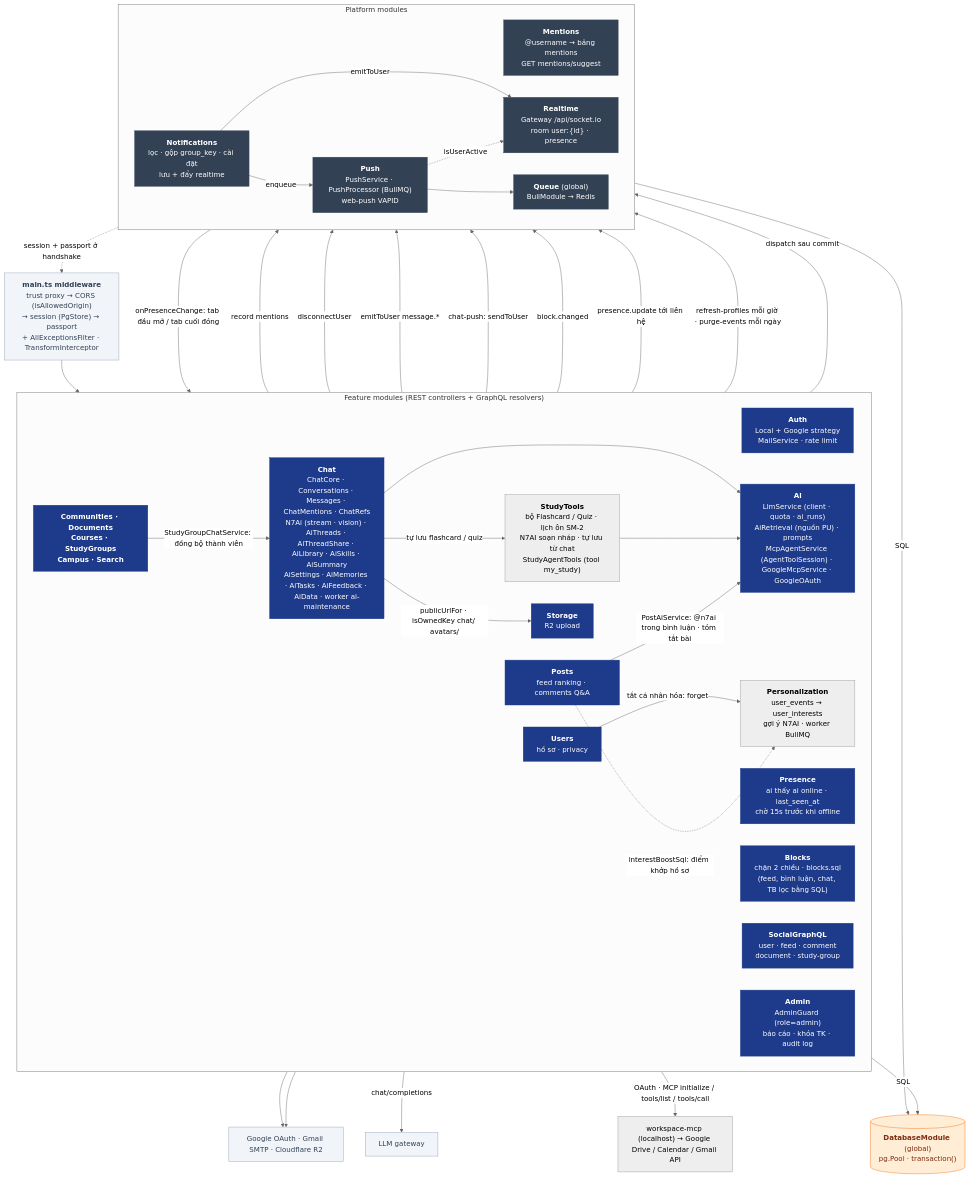
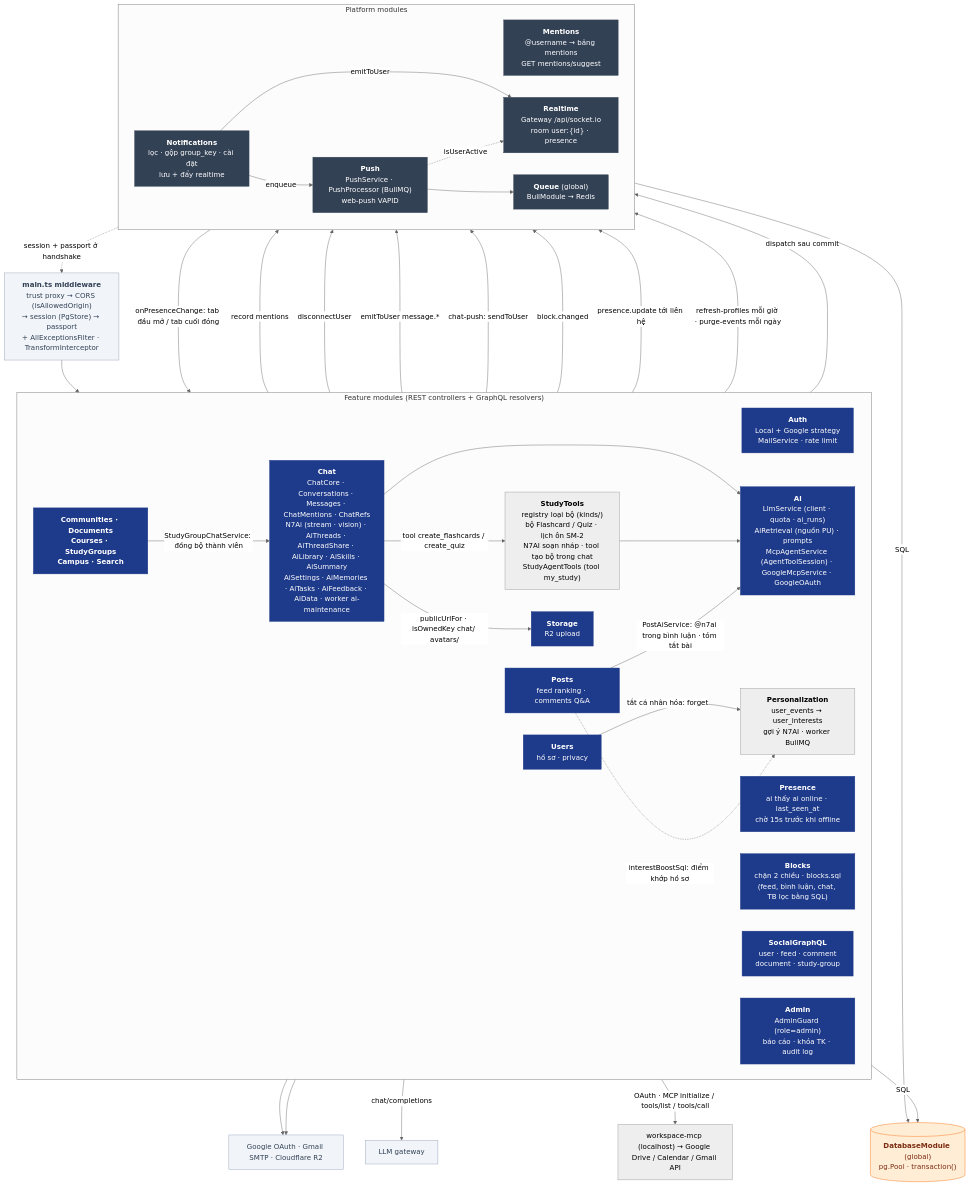
Before and after one commit to nhatcoi/pu-connect: the diagram in docs/diagrams/03-api-components.md, drawn with Mermaid (neutral theme). The commit also changed other lines of this file and 3 other files, not shown here.

Commit message:
docs(tools): study-kind registry, N7AI create tools, flashcard templates and review modes

````diff
--- a/docs/diagrams/03-api-components.md
+++ b/docs/diagrams/03-api-components.md
@@ -7,69 +7,69 @@
 ```mermaid
 flowchart TB
   mw["<b>main.ts middleware</b><br/>trust proxy → CORS (isAllowedOrigin)<br/>→ session (PgStore) → passport<br/>+ AllExceptionsFilter · TransformInterceptor"]
 
   subgraph Feature["Feature modules (REST controllers + GraphQL resolvers)"]
     direction LR
     auth["<b>Auth</b><br/>Local + Google strategy<br/>MailService · rate limit"]
     users["<b>Users</b><br/>hồ sơ · privacy"]
     presence["<b>Presence</b><br/>ai thấy ai online · last_seen_at<br/>chờ 15s trước khi offline"]
     blocks["<b>Blocks</b><br/>chặn 2 chiều · blocks.sql<br/>(feed, bình luận, chat, TB lọc bằng SQL)"]
     posts["<b>Posts</b><br/>feed ranking · comments Q&A"]
     gql["<b>SocialGraphQL</b><br/>user · feed · comment<br/>document · study-group"]
     others["<b>Communities · Documents<br/>Courses · StudyGroups<br/>Campus · Search</b>"]
     storage["<b>Storage</b><br/>R2 upload"]
     admin["<b>Admin</b><br/>AdminGuard (role=admin)<br/>báo cáo · khóa TK · audit log"]
     chat["<b>Chat</b><br/>ChatCore · Conversations · Messages · ChatMentions · ChatRefs<br/>N7Ai (stream · vision) · AiThreads · AiThreadShare · AiLibrary · AiSkills · AiSummary<br/>AiSettings · AiMemories · AiTasks · AiFeedback · AiData · worker ai-maintenance"]
     ai["<b>Ai</b><br/>LlmService (client · quota · ai_runs)<br/>AiRetrieval (nguồn PU) · prompts<br/>McpAgentService (AgentToolSession) · GoogleMcpService · GoogleOAuth"]
     perso["<b>Personalization</b><br/>user_events → user_interests<br/>gợi ý N7AI · worker BullMQ"]
-    tools["<b>StudyTools</b><br/>bộ Flashcard / Quiz · lịch ôn SM-2<br/>N7AI soạn nháp · tự lưu từ chat<br/>StudyAgentTools (tool my_study)"]
+    tools["<b>StudyTools</b><br/>registry loại bộ (kinds/)<br/>bộ Flashcard / Quiz · lịch ôn SM-2<br/>N7AI soạn nháp · tool tạo bộ trong chat<br/>StudyAgentTools (tool my_study)"]
   end
 
   subgraph Platform["Platform modules"]
     direction LR
     mentions["<b>Mentions</b><br/>@username → bảng mentions<br/>GET mentions/suggest"]
     notif["<b>Notifications</b><br/>lọc · gộp group_key · cài đặt<br/>lưu + đẩy realtime"]
     rt["<b>Realtime</b><br/>Gateway /api/socket.io<br/>room user:{id} · presence"]
     push["<b>Push</b><br/>PushService · PushProcessor (BullMQ)<br/>web-push VAPID"]
     queue["<b>Queue</b> (global)<br/>BullModule → Redis"]
   end
 
   db[("<b>DatabaseModule</b> (global)<br/>pg.Pool · transaction()")]
   ext["Google OAuth · Gmail SMTP · Cloudflare R2"]
 
   mw --> Feature
   posts -->|record mentions| mentions
   Feature -->|dispatch sau commit| notif -->|emitToUser| rt
   notif -->|enqueue| push --> queue
   push -. isUserActive .-> rt
   rt -. session + passport ở handshake .-> mw
   Feature -->|SQL| db
   Platform -->|SQL| db
   auth & storage --> ext
   admin -->|disconnectUser| rt
   chat -->|emitToUser message.*| rt
   chat -->|chat-push: sendToUser| push
   chat --> ai
-  chat -->|tự lưu flashcard / quiz| tools
+  chat -->|tool create_flashcards / create_quiz| tools
   tools --> ai
   posts -->|PostAiService: @n7ai trong bình luận · tóm tắt bài| ai
   ai -->|chat/completions| llm["LLM gateway"]
   ai -->|"OAuth · MCP initialize / tools/list / tools/call"| gdrive["workspace-mcp (localhost) → Google Drive / Calendar / Gmail API"]
   chat -->|publicUrlFor · isOwnedKey chat/ avatars/| storage
   others -->|StudyGroupChatService: đồng bộ thành viên| chat
   blocks -->|block.changed| rt
   rt -->|onPresenceChange: tab đầu mở / tab cuối đóng| presence
   presence -->|presence.update tới liên hệ| rt
   users -->|tắt cá nhân hóa: forget| perso
   perso -->|refresh-profiles mỗi giờ · purge-events mỗi ngày| queue
   posts -. interestBoostSql: điểm khớp hồ sơ .-> perso
 
   classDef mod fill:#1e3a8a,stroke:#1e3a8a,color:#fff
   classDef plat fill:#334155,stroke:#334155,color:#fff
   classDef store fill:#ffedd5,stroke:#f97316,color:#7c2d12
   classDef external fill:#f1f5f9,stroke:#94a3b8,color:#334155
   class auth,users,blocks,presence,ai,posts,communities,others,storage,gql,admin,chat mod
   class mentions,notif,rt,push,queue plat
   class db store
   class ext,mw,llm external
 ```
````
